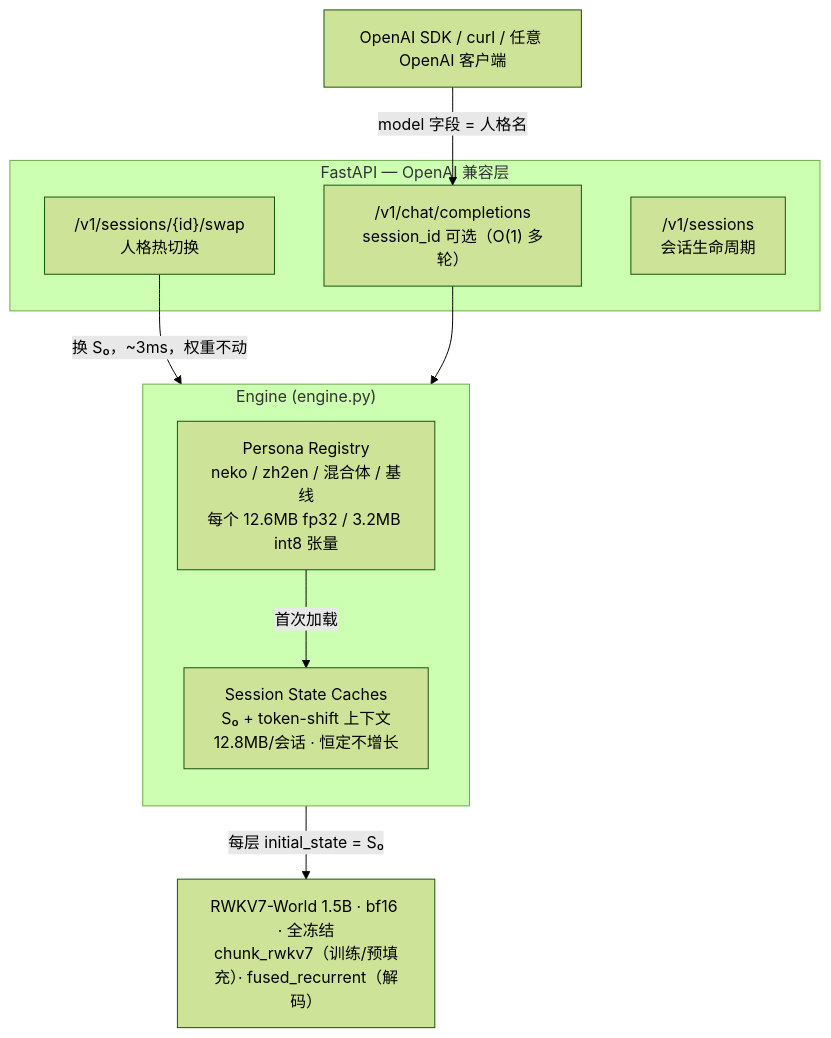
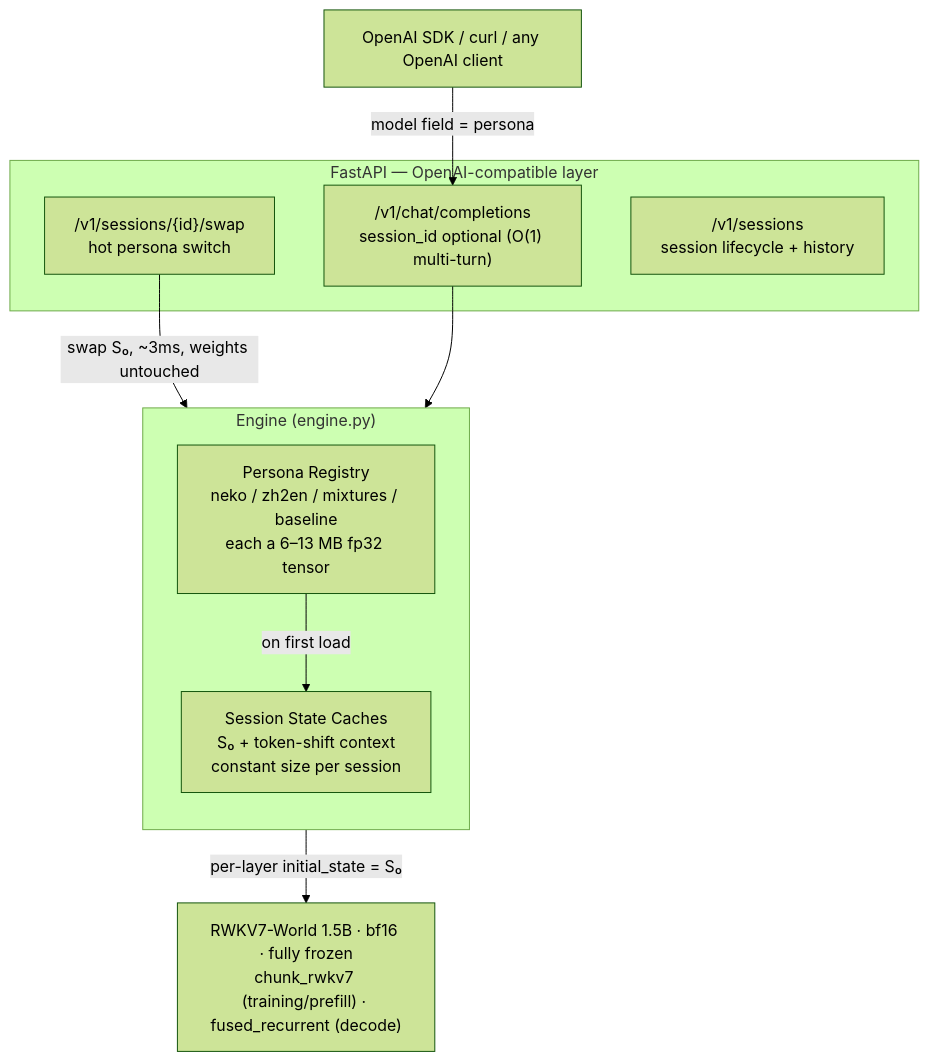
The diagram in README.md (Nice0o0/stateswap), drawn with Mermaid (forest theme) before and after one commit. The commit also changed other lines of this file and 2 other files, not shown here.

````diff
--- a/README.md
+++ b/README.md
@@ -61,24 +58,24 @@
 ```mermaid
 flowchart TB
-    Client["OpenAI SDK / curl / 任意 OpenAI 客户端"] -->|"model 字段 = 人格名"| CHAT
+    Client["OpenAI SDK / curl / any OpenAI client"] -->|"model field = persona"| CHAT
 
-    subgraph API["FastAPI — OpenAI 兼容层"]
-        CHAT["/v1/chat/completions<br/>session_id 可选（O(1) 多轮）"]
-        SWAP["/v1/sessions/{id}/swap<br/>人格热切换"]
-        SESSM["/v1/sessions<br/>会话生命周期"]
+    subgraph API["FastAPI — OpenAI-compatible layer"]
+        CHAT["/v1/chat/completions<br/>session_id optional (O(1) multi-turn)"]
+        SWAP["/v1/sessions/{id}/swap<br/>hot persona switch"]
+        SESSM["/v1/sessions<br/>session lifecycle + history"]
     end
 
     CHAT --> ENG
 
     subgraph ENG["Engine (engine.py)"]
         direction TB
-        REG["Persona Registry<br/>neko / zh2en / 混合体 / 基线<br/>每个 12.6MB fp32 / 3.2MB int8 张量"]
-        SESS["Session State Caches<br/>S₀ + token-shift 上下文<br/>12.8MB/会话 · 恒定不增长"]
-        REG -->|"首次加载"| SESS
-        SWAP -->|"换 S₀，~3ms，权重不动"| SESS
+        REG["Persona Registry<br/>neko / zh2en / mixtures / baseline<br/>each a 6–13 MB fp32 tensor"]
+        SESS["Session State Caches<br/>S₀ + token-shift context<br/>constant size per session"]
+        REG -->|"on first load"| SESS
+        SWAP -->|"swap S₀, ~3ms, weights untouched"| SESS
     end
 
-    SESS -->|"每层 initial_state = S₀"| BASE
+    SESS -->|"per-layer initial_state = S₀"| BASE
 
-    BASE["RWKV7-World 1.5B · bf16 · 全冻结<br/>chunk_rwkv7（训练/预填充）· fused_recurrent（解码）"]
+    BASE["RWKV7-World 1.5B · bf16 · fully frozen<br/>chunk_rwkv7 (training/prefill) · fused_recurrent (decode)"]
 ```
````
